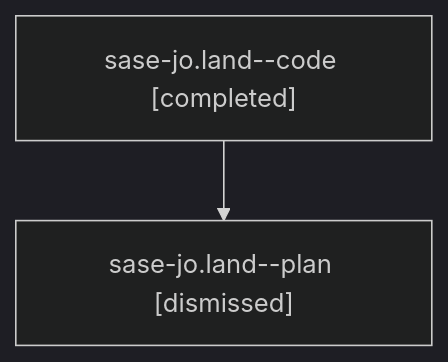
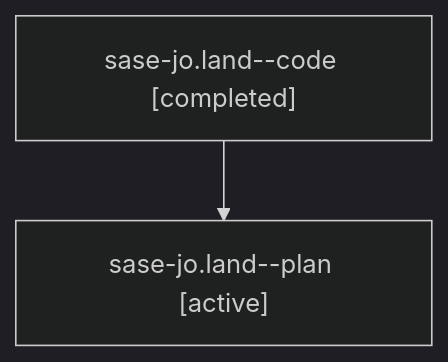
One commit to sase-org/sase--agents changed the diagram in families/bbugyi200.athena.sase-jo.land.md. Above: the diagram before and after it, drawn with Mermaid (dark theme). The commit also changed other lines of this file and 35830 other files, not shown here.

````diff
--- a/families/bbugyi200.athena.sase-jo.land.md
+++ b/families/bbugyi200.athena.sase-jo.land.md
@@ -9,6 +9,6 @@
 ```mermaid
 flowchart TD
   n0["sase-jo.land--code [completed]"]
-  n1["sase-jo.land--plan [dismissed]"]
+  n1["sase-jo.land--plan [active]"]
   n0 --> n1
 ```
````
